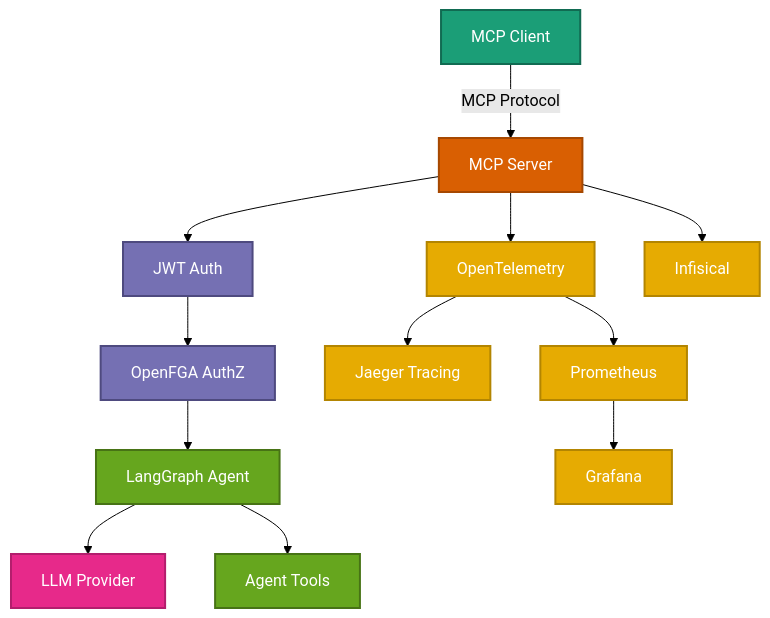
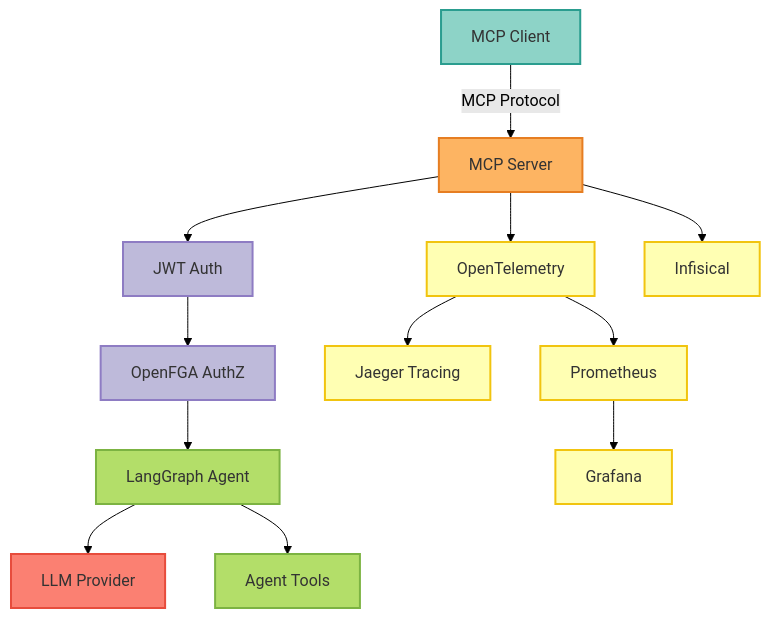
One commit to vishnu2kmohan/mcp-server-langgraph changed the diagram in docs/getting-started/introduction.mdx. Above: the diagram before and after it, drawn with Mermaid (forest theme). The commit also changed 11 other files, not shown here.

First line of the commit message:
style: migrate all diagrams from Dark2 to Set3 ColorBrewer2 palette

````diff
--- a/docs/getting-started/introduction.mdx
+++ b/docs/getting-started/introduction.mdx
@@ -87,29 +87,29 @@
 ```mermaid
 graph TB
     Client[MCP Client] -->|MCP Protocol| Server[MCP Server]
     Server --> Auth[JWT Auth]
     Auth --> AuthZ[OpenFGA AuthZ]
     AuthZ --> Agent[LangGraph Agent]
     Agent --> LLM[LLM Provider]
     Agent --> Tools[Agent Tools]
     Server --> Otel[OpenTelemetry]
     Otel --> Jaeger[Jaeger Tracing]
     Otel --> Prom[Prometheus]
     Prom --> Grafana[Grafana]
     Server --> Secrets[Infisical]
 
-    %% ColorBrewer2 Dark2 palette styling
-    classDef clientStyle fill:#1b9e77,stroke:#116b52,stroke-width:2px,color:#fff
-    classDef serverStyle fill:#d95f02,stroke:#a64801,stroke-width:2px,color:#fff
-    classDef authStyle fill:#7570b3,stroke:#4e4a7f,stroke-width:2px,color:#fff
-    classDef agentStyle fill:#66a61e,stroke:#477315,stroke-width:2px,color:#fff
-    classDef llmStyle fill:#e7298a,stroke:#b31e6d,stroke-width:2px,color:#fff
-    classDef obsStyle fill:#e6ab02,stroke:#b38501,stroke-width:2px,color:#fff
+    %% ColorBrewer2 Set3 palette styling
+    classDef clientStyle fill:#8dd3c7,stroke:#2a9d8f,stroke-width:2px,color:#333
+    classDef serverStyle fill:#fdb462,stroke:#e67e22,stroke-width:2px,color:#333
+    classDef authStyle fill:#bebada,stroke:#8e7cc3,stroke-width:2px,color:#333
+    classDef agentStyle fill:#b3de69,stroke:#7cb342,stroke-width:2px,color:#333
+    classDef llmStyle fill:#fb8072,stroke:#e74c3c,stroke-width:2px,color:#333
+    classDef obsStyle fill:#ffffb3,stroke:#f1c40f,stroke-width:2px,color:#333
 
     class Client clientStyle
     class Server serverStyle
     class Auth,AuthZ authStyle
     class Agent,Tools agentStyle
     class LLM llmStyle
     class Otel,Jaeger,Prom,Grafana,Secrets obsStyle
 ```
````
